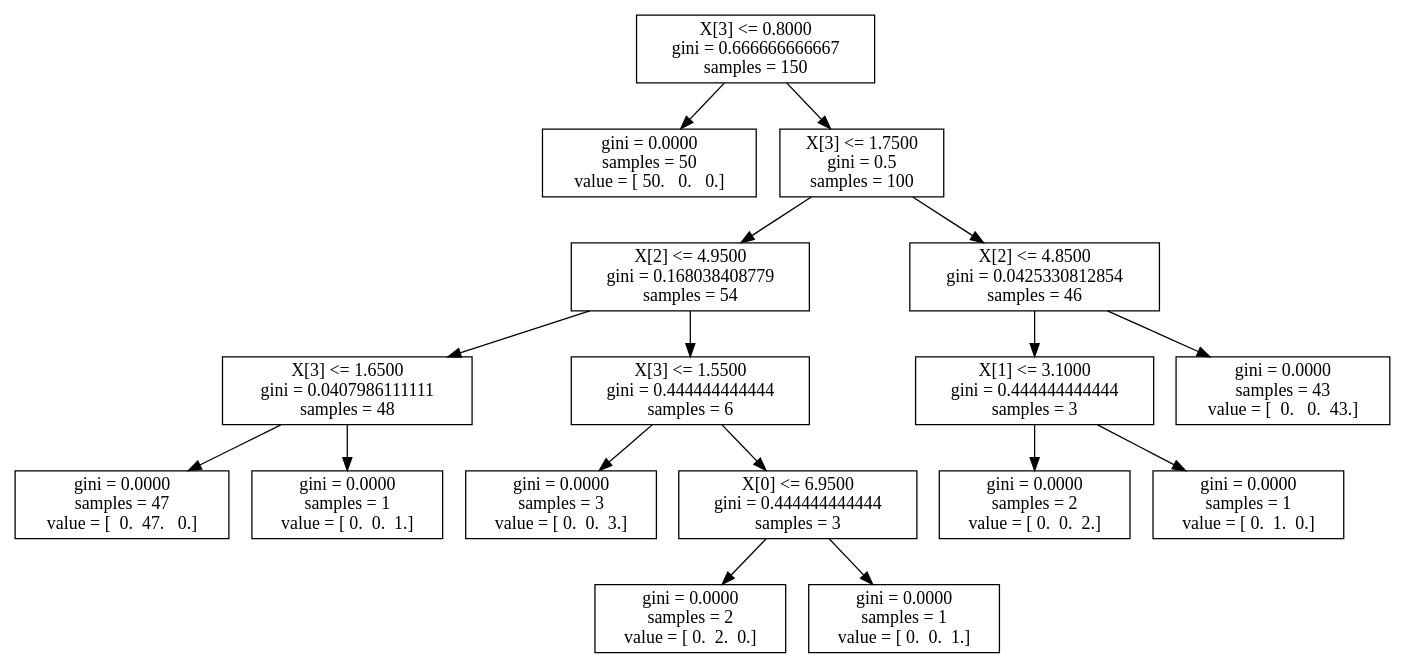
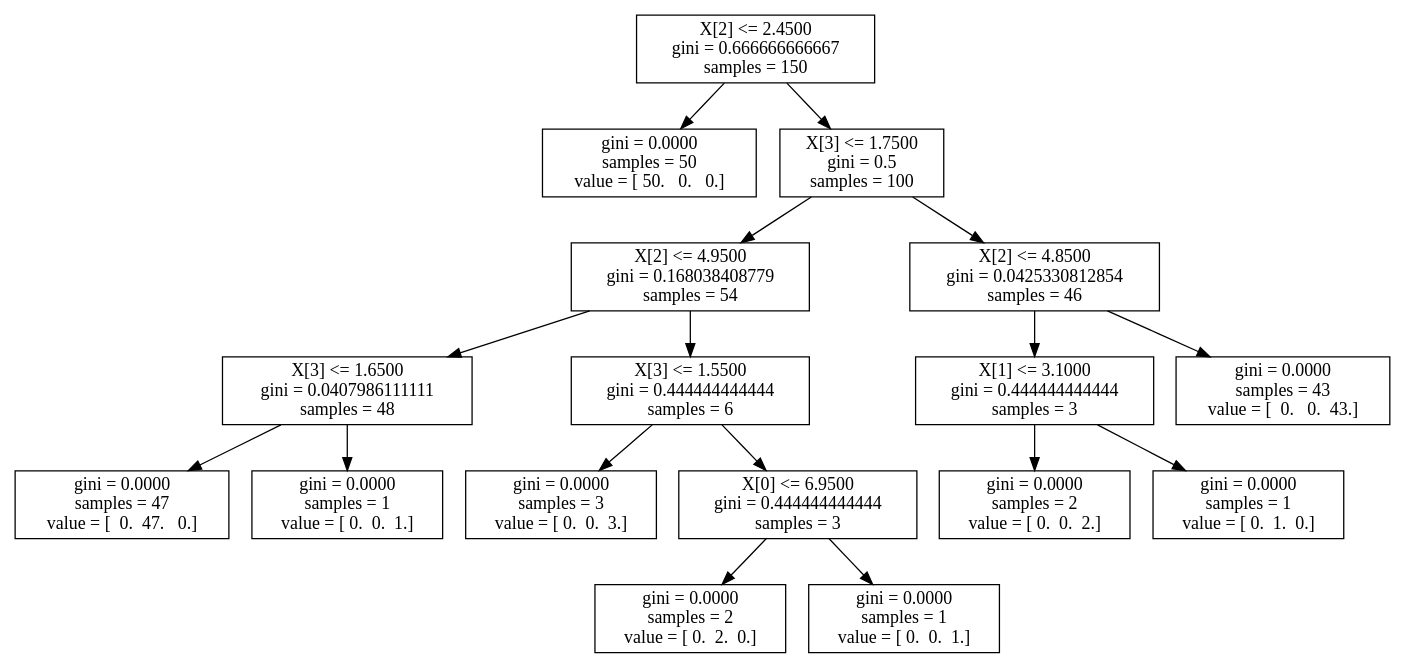
Before and after one commit to staticor/scipy-route: the diagram in decisiontree/iris.dot, drawn with Graphviz. The commit also changed 3 other files, not shown here.

```diff
--- a/decisiontree/iris.dot
+++ b/decisiontree/iris.dot
@@ -1,35 +1,35 @@
 digraph Tree {
-0 [label="X[3] <= 0.8000\ngini = 0.666666666667\nsamples = 150", shape="box"] ;
+0 [label="X[2] <= 2.4500\ngini = 0.666666666667\nsamples = 150", shape="box"] ;
 1 [label="gini = 0.0000\nsamples = 50\nvalue = [ 50.   0.   0.]", shape="box"] ;
 0 -> 1 ;
 2 [label="X[3] <= 1.7500\ngini = 0.5\nsamples = 100", shape="box"] ;
 0 -> 2 ;
 3 [label="X[2] <= 4.9500\ngini = 0.168038408779\nsamples = 54", shape="box"] ;
 2 -> 3 ;
 4 [label="X[3] <= 1.6500\ngini = 0.0407986111111\nsamples = 48", shape="box"] ;
 3 -> 4 ;
 5 [label="gini = 0.0000\nsamples = 47\nvalue = [  0.  47.   0.]", shape="box"] ;
 4 -> 5 ;
 6 [label="gini = 0.0000\nsamples = 1\nvalue = [ 0.  0.  1.]", shape="box"] ;
 4 -> 6 ;
 7 [label="X[3] <= 1.5500\ngini = 0.444444444444\nsamples = 6", shape="box"] ;
 3 -> 7 ;
 8 [label="gini = 0.0000\nsamples = 3\nvalue = [ 0.  0.  3.]", shape="box"] ;
 7 -> 8 ;
 9 [label="X[0] <= 6.9500\ngini = 0.444444444444\nsamples = 3", shape="box"] ;
 7 -> 9 ;
 10 [label="gini = 0.0000\nsamples = 2\nvalue = [ 0.  2.  0.]", shape="box"] ;
 9 -> 10 ;
 11 [label="gini = 0.0000\nsamples = 1\nvalue = [ 0.  0.  1.]", shape="box"] ;
 9 -> 11 ;
 12 [label="X[2] <= 4.8500\ngini = 0.0425330812854\nsamples = 46", shape="box"] ;
 2 -> 12 ;
 13 [label="X[1] <= 3.1000\ngini = 0.444444444444\nsamples = 3", shape="box"] ;
 12 -> 13 ;
 14 [label="gini = 0.0000\nsamples = 2\nvalue = [ 0.  0.  2.]", shape="box"] ;
 13 -> 14 ;
 15 [label="gini = 0.0000\nsamples = 1\nvalue = [ 0.  1.  0.]", shape="box"] ;
 13 -> 15 ;
 16 [label="gini = 0.0000\nsamples = 43\nvalue = [  0.   0.  43.]", shape="box"] ;
 12 -> 16 ;
 }
```
